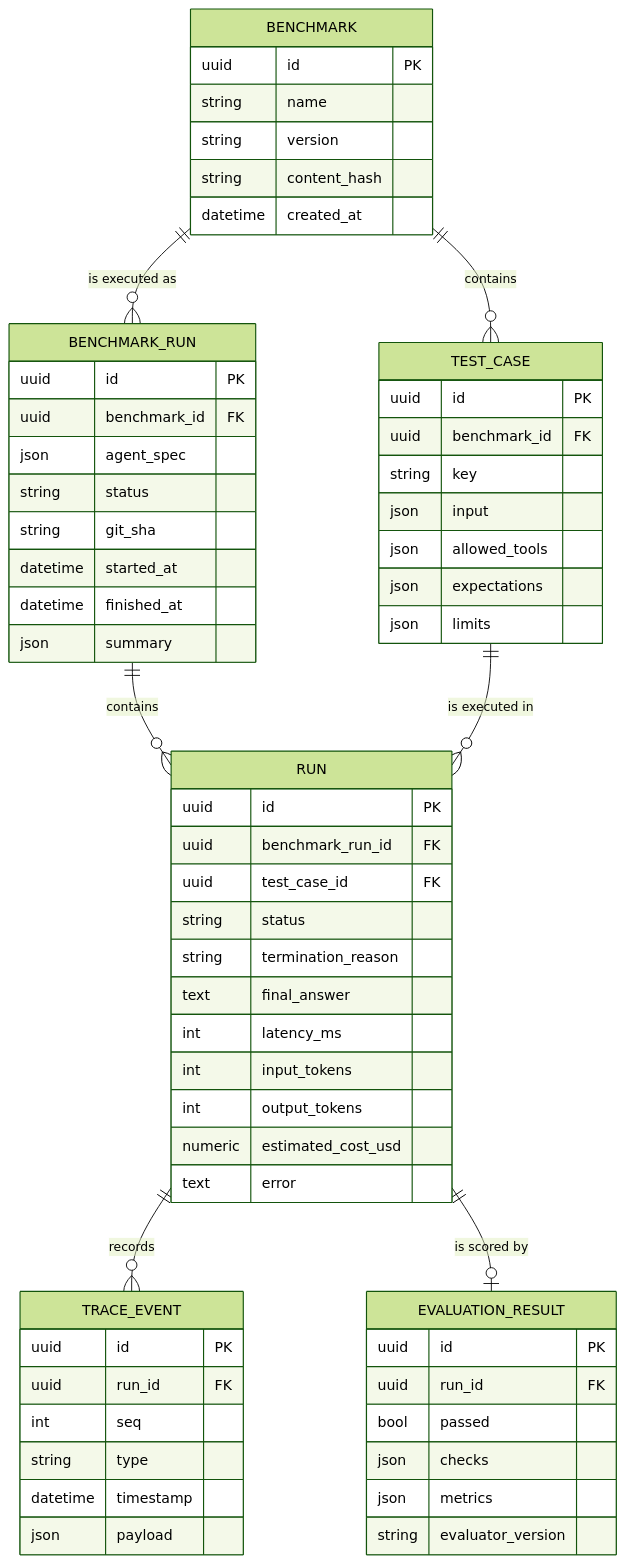
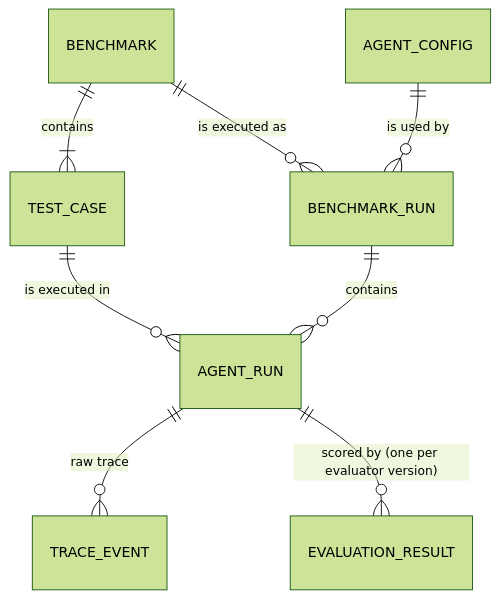
The third of 3 diagrams in docs/architecture.md (pankaj-cod/agentBench), drawn with Mermaid (forest theme) before and after one commit. The commit also changed other lines of this file and 2 other files, not shown here.

Commit message:
docs: add data model and component interface design
Adds data-model.md (entities, constraints, indexes, event ordering,
trace vs evaluation, retention) and interfaces.md (component
interfaces, API schemas and example contracts, errors, transactions,
testing requirements). Updates architecture.md for the approved
changes: AGENT_RUN naming, AGENT_CONFIG table, cost stored with the
evaluation, versioned evaluations, HARNESS_ERROR, and the
(agent_run_id, seq) trace key.

````diff
--- a/docs/architecture.md
+++ b/docs/architecture.md
@@ -244,65 +249,10 @@
 ```mermaid
 erDiagram
-    BENCHMARK ||--o{ TEST_CASE : contains
+    BENCHMARK ||--|{ TEST_CASE : contains
     BENCHMARK ||--o{ BENCHMARK_RUN : "is executed as"
-    BENCHMARK_RUN ||--o{ RUN : contains
-    TEST_CASE ||--o{ RUN : "is executed in"
-    RUN ||--o{ TRACE_EVENT : records
-    RUN ||--o| EVALUATION_RESULT : "is scored by"
-
-    BENCHMARK {
-        uuid id PK
-        string name
-        string version
-        string content_hash
-        datetime created_at
-    }
-    TEST_CASE {
-        uuid id PK
-        uuid benchmark_id FK
-        string key
-        json input
-        json allowed_tools
-        json expectations
-        json limits
-    }
-    BENCHMARK_RUN {
-        uuid id PK
-        uuid benchmark_id FK
-        json agent_spec
-        string status
-        string git_sha
-        datetime started_at
-        datetime finished_at
-        json summary
-    }
-    RUN {
-        uuid id PK
-        uuid benchmark_run_id FK
-        uuid test_case_id FK
-        string status
-        string termination_reason
-        text final_answer
-        int latency_ms
-        int input_tokens
-        int output_tokens
-        numeric estimated_cost_usd
-        text error
-    }
-    TRACE_EVENT {
-        uuid id PK
-        uuid run_id FK
-        int seq
-        string type
-        datetime timestamp
-        json payload
-    }
-    EVALUATION_RESULT {
-        uuid id PK
-        uuid run_id FK
-        bool passed
-        json checks
-        json metrics
-        string evaluator_version
-    }
+    AGENT_CONFIG ||--o{ BENCHMARK_RUN : "is used by"
+    BENCHMARK_RUN ||--o{ AGENT_RUN : contains
+    TEST_CASE ||--o{ AGENT_RUN : "is executed in"
+    AGENT_RUN ||--o{ TRACE_EVENT : "raw trace"
+    AGENT_RUN ||--o{ EVALUATION_RESULT : "scored by (one per evaluator version)"
 ```
````
